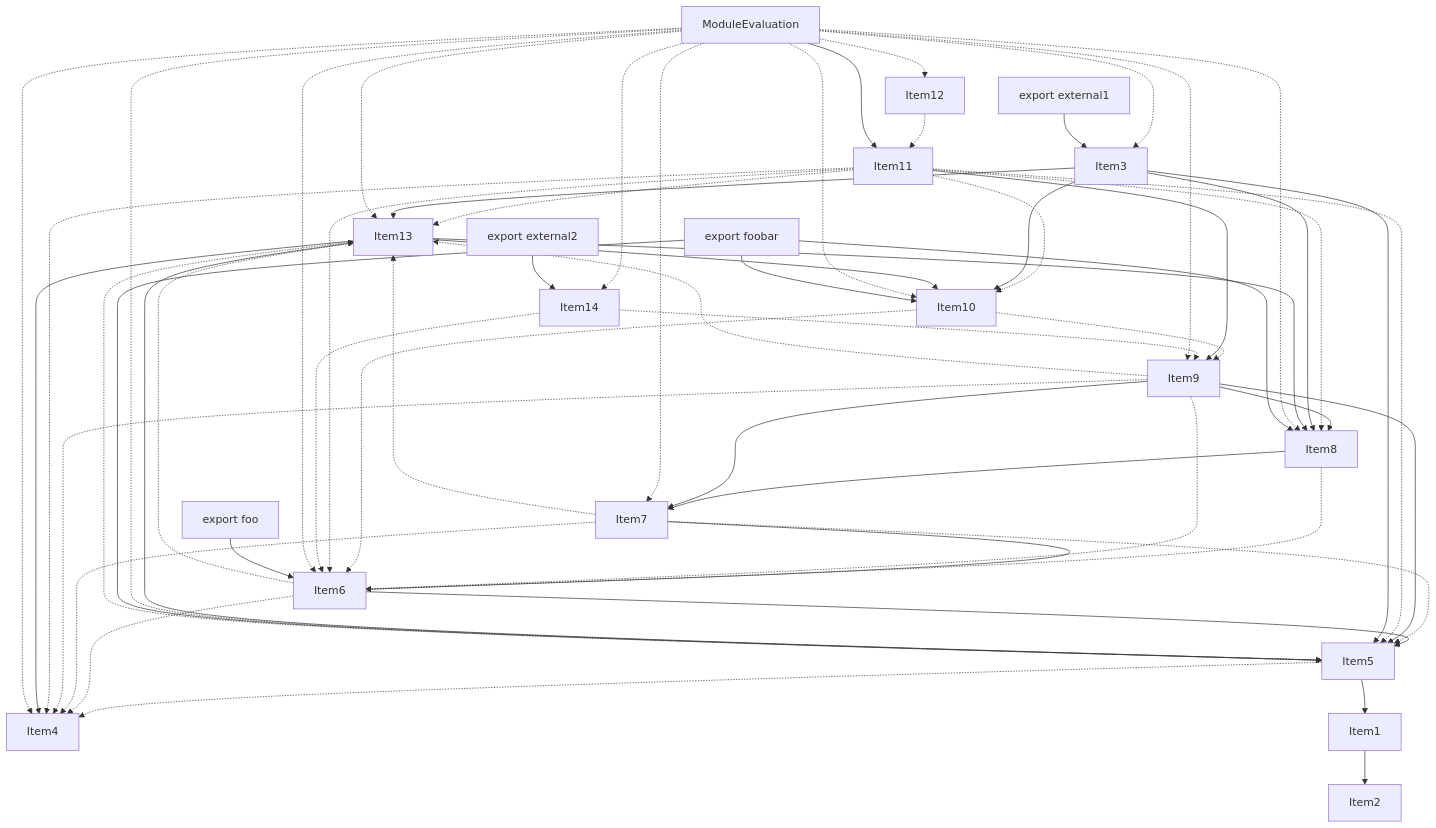
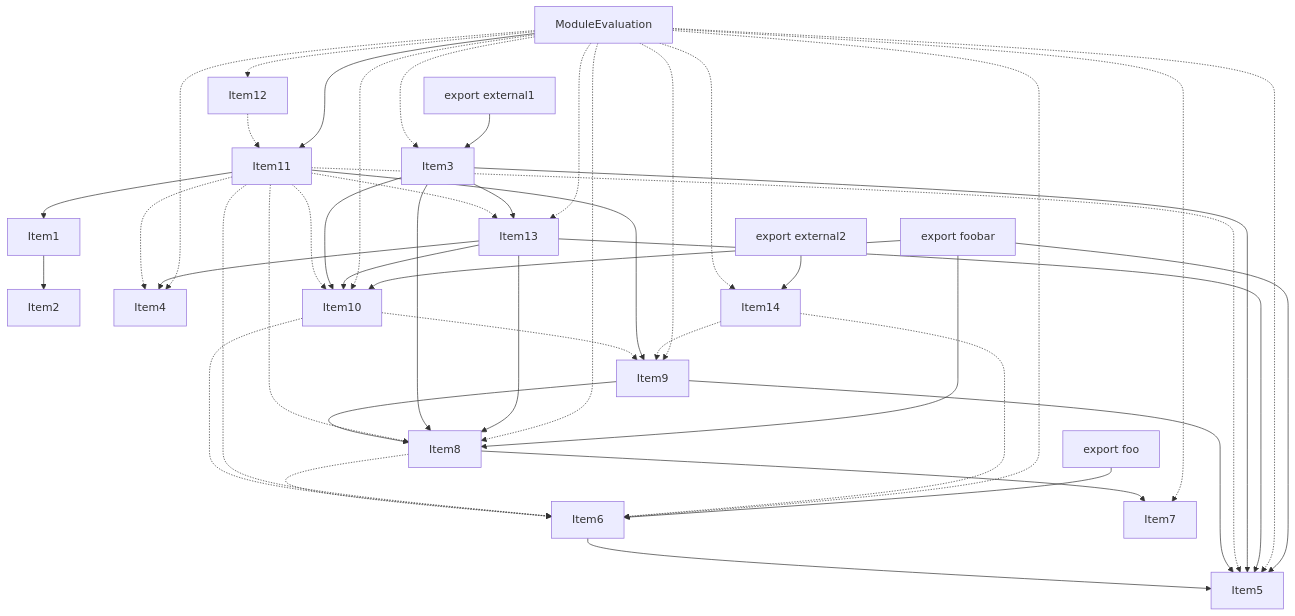
The fourth of 4 diagrams in crates/turbopack-ecmascript/tests/tree-shaker/analyzer/2/output.md (vercel/turborepo), drawn with Mermaid before and after one commit. The commit also changed other lines of this file and 3 other files, not shown here.

```diff
--- a/crates/turbopack-ecmascript/tests/tree-shaker/analyzer/2/output.md
+++ b/crates/turbopack-ecmascript/tests/tree-shaker/analyzer/2/output.md
@@ -329,27 +301,15 @@
     Item19;
     Item19["export external2"];
     Item1 --> Item2;
-    Item5 --> Item1;
-    Item5 -.-> Item13;
-    Item5 -.-> Item4;
     Item6 --> Item5;
-    Item6 -.-> Item13;
-    Item6 -.-> Item4;
-    Item7 --> Item6;
-    Item7 -.-> Item13;
-    Item7 -.-> Item5;
-    Item7 -.-> Item4;
     Item8 --> Item7;
     Item8 -.-> Item6;
     Item9 --> Item5;
     Item9 --> Item8;
-    Item9 --> Item7;
-    Item9 -.-> Item13;
-    Item9 -.-> Item6;
-    Item9 -.-> Item4;
     Item10 -.-> Item6;
     Item10 -.-> Item9;
     Item11 --> Item9;
+    Item11 --> Item1;
     Item11 -.-> Item13;
     Item11 -.-> Item5;
     Item11 -.-> Item8;
```
